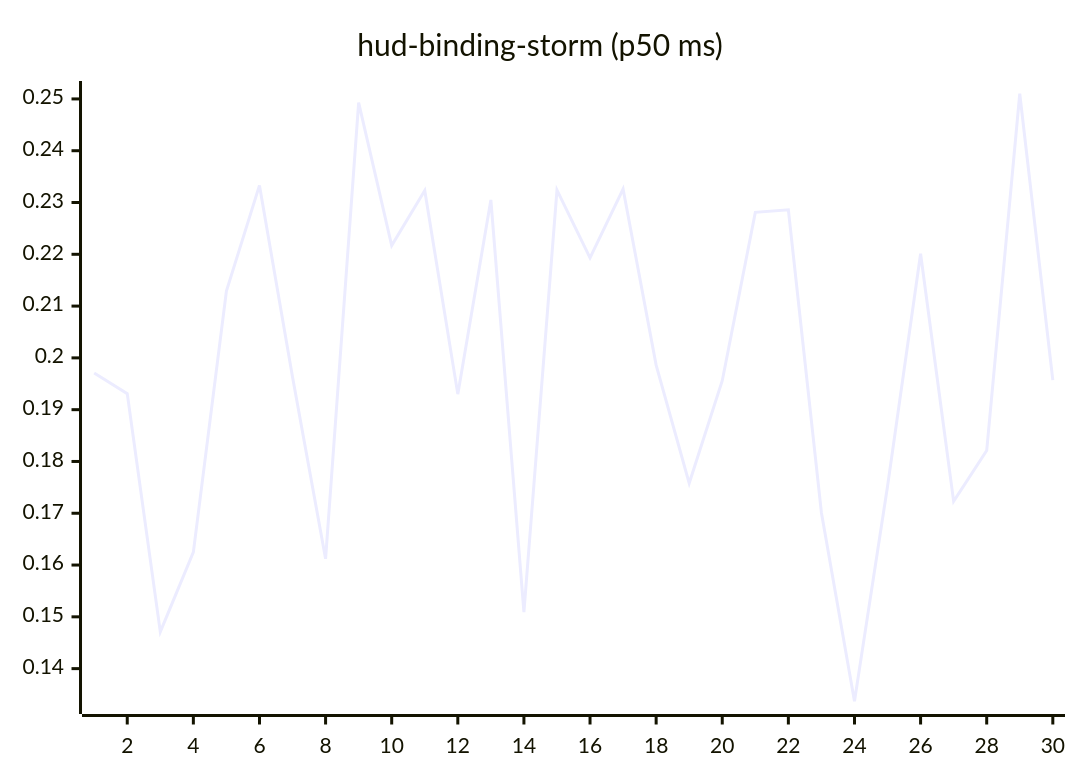
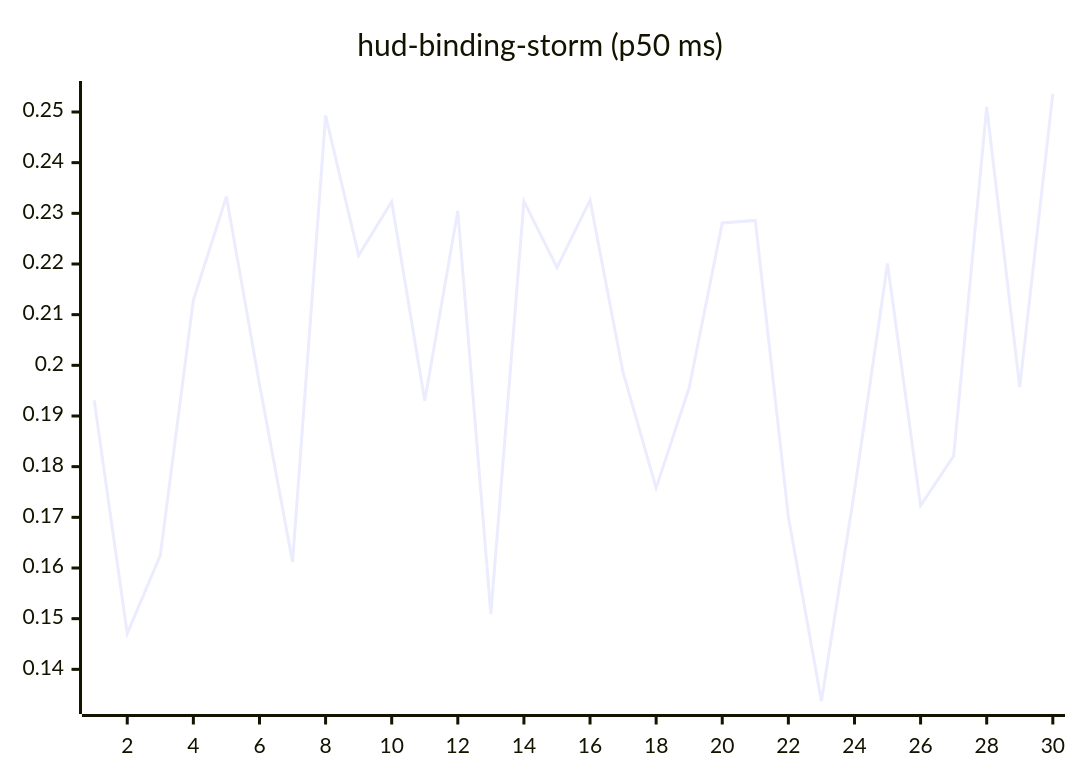
The tenth of 27 diagrams in README.md (josha/Facet), drawn with Mermaid before and after one commit. The commit also changed other lines of this file and 2 other files, not shown here.

````diff
--- a/README.md
+++ b/README.md
@@ -126,6 +126,6 @@
 ```mermaid
 xychart-beta
     title "hud-binding-storm (p50 ms)"
     x-axis 1 --> 30
-    line [0.1971, 0.1931, 0.1471, 0.1625, 0.2129, 0.2333, 0.1963, 0.1612, 0.2493, 0.2217, 0.2323, 0.1930, 0.2305, 0.1509, 0.2324, 0.2193, 0.2326, 0.1986, 0.1758, 0.1956, 0.2281, 0.2286, 0.1701, 0.1337, 0.1752, 0.2201, 0.1723, 0.1821, 0.2510, 0.1957]
+    line [0.1931, 0.1471, 0.1625, 0.2129, 0.2333, 0.1963, 0.1612, 0.2493, 0.2217, 0.2323, 0.1930, 0.2305, 0.1509, 0.2324, 0.2193, 0.2326, 0.1986, 0.1758, 0.1956, 0.2281, 0.2286, 0.1701, 0.1337, 0.1752, 0.2201, 0.1723, 0.1821, 0.2510, 0.1957, 0.2536]
 ```
````
